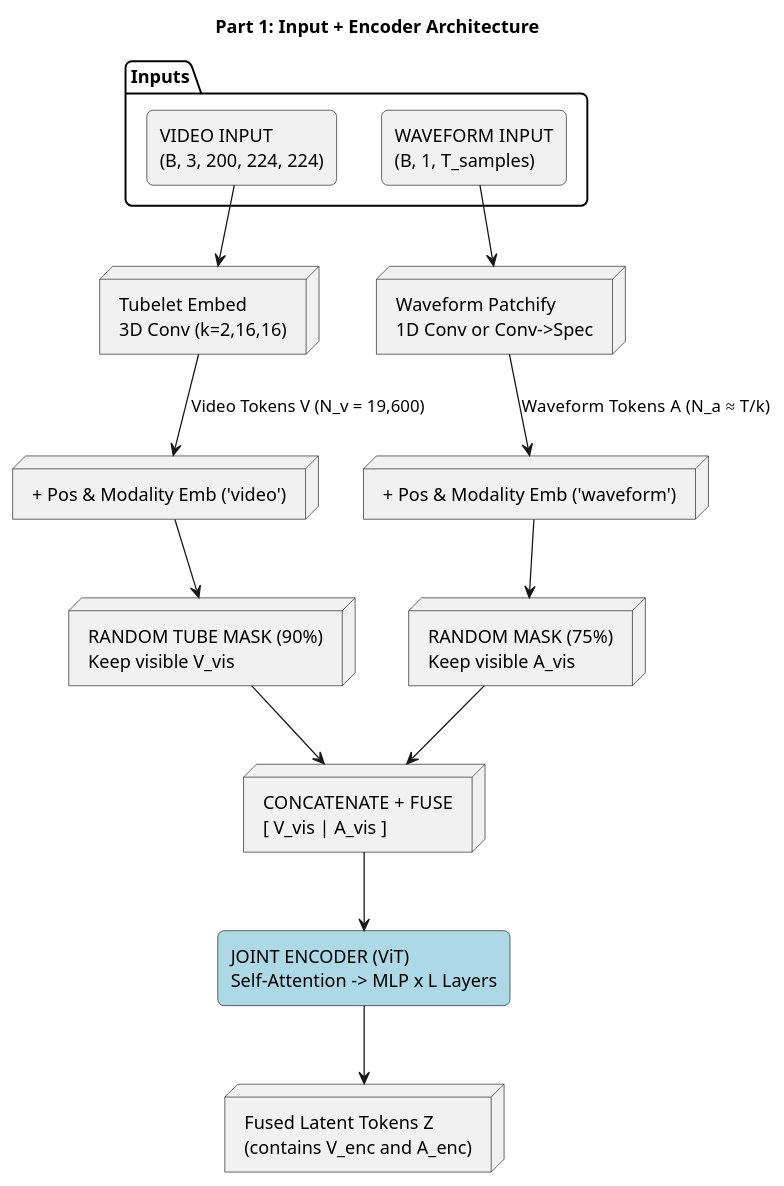
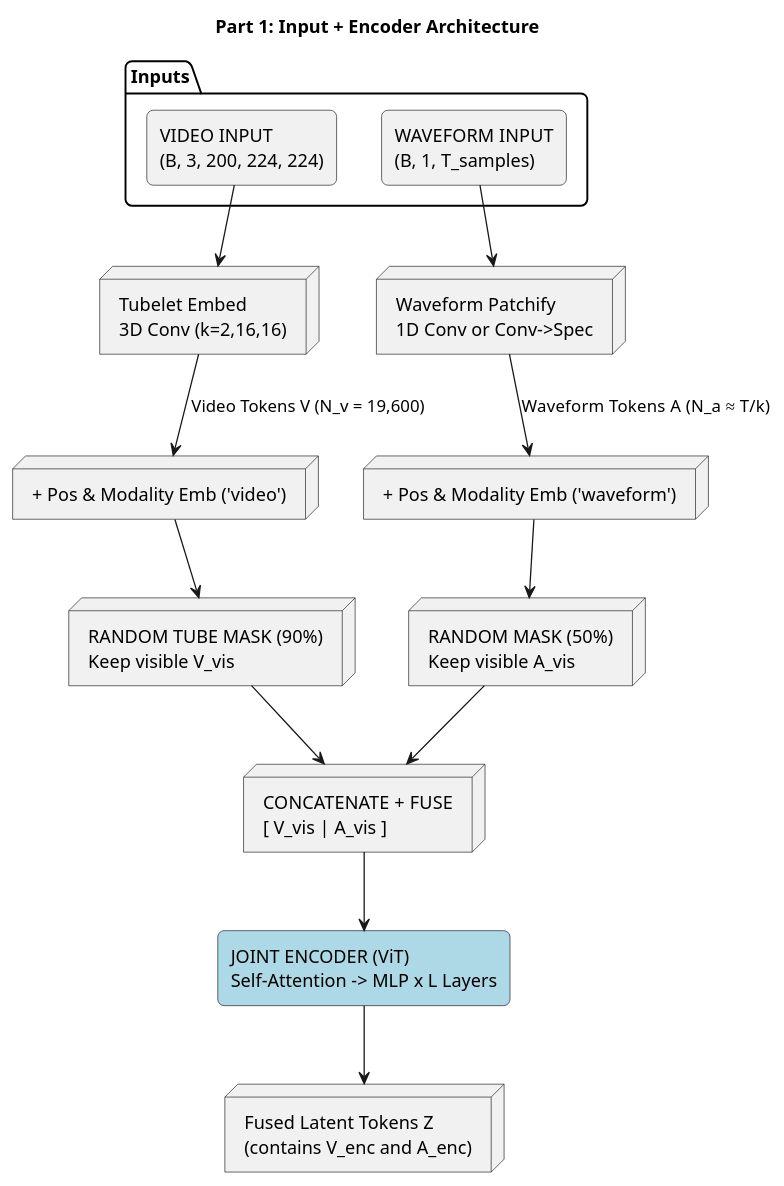
The first of 2 diagrams in code/notes/design/SolutionC_EarlyTokenMixing_stage2.md (LeqiaoP1/MA-project-KISMED), drawn with PlantUML before and after one commit. The commit also changed other lines of this file, not shown here.

Commit message:
Update loss function descriptions and mask percentages in stage-2 architecture

````diff
--- a/code/notes/design/SolutionC_EarlyTokenMixing_stage2.md
+++ b/code/notes/design/SolutionC_EarlyTokenMixing_stage2.md
@@ -5,42 +5,42 @@
 ```plantuml
 @startuml
 skinparam RoundCorner 10
 skinparam ComponentStyle rectangle
 
 title Part 1: Input + Encoder Architecture
 
 package "Inputs" {
   [VIDEO INPUT\n(B, 3, 200, 224, 224)] as V_IN
   [WAVEFORM INPUT\n(B, 1, T_samples)] as A_IN
 }
 
 node "Tubelet Embed\n3D Conv (k=2,16,16)" as V_EMB
 node "Waveform Patchify\n1D Conv or Conv->Spec" as A_EMB
 
 V_IN --> V_EMB
 A_IN --> A_EMB
 
 node "+ Pos & Modality Emb ('video')" as V_POS
 node "+ Pos & Modality Emb ('waveform')" as A_POS
 
 V_EMB --> V_POS : Video Tokens V (N_v = 19,600)
 A_EMB --> A_POS : Waveform Tokens A (N_a ≈ T/k)
 
 node "RANDOM TUBE MASK (90%)\nKeep visible V_vis" as V_MASK
-node "RANDOM MASK (75%)\nKeep visible A_vis" as A_MASK
+node "RANDOM MASK (50%)\nKeep visible A_vis" as A_MASK
 
 V_POS --> V_MASK
 A_POS --> A_MASK
 
 node "CONCATENATE + FUSE\n[ V_vis | A_vis ]" as FUSE
 V_MASK --> FUSE
 A_MASK --> FUSE
 
 rectangle "JOINT ENCODER (ViT)\nSelf-Attention -> MLP x L Layers" as ENCODER #LightBlue
 FUSE --> ENCODER
 
 node "Fused Latent Tokens Z\n(contains V_enc and A_enc)" as LATENT
 ENCODER --> LATENT
 
 @enduml
 ```
````
